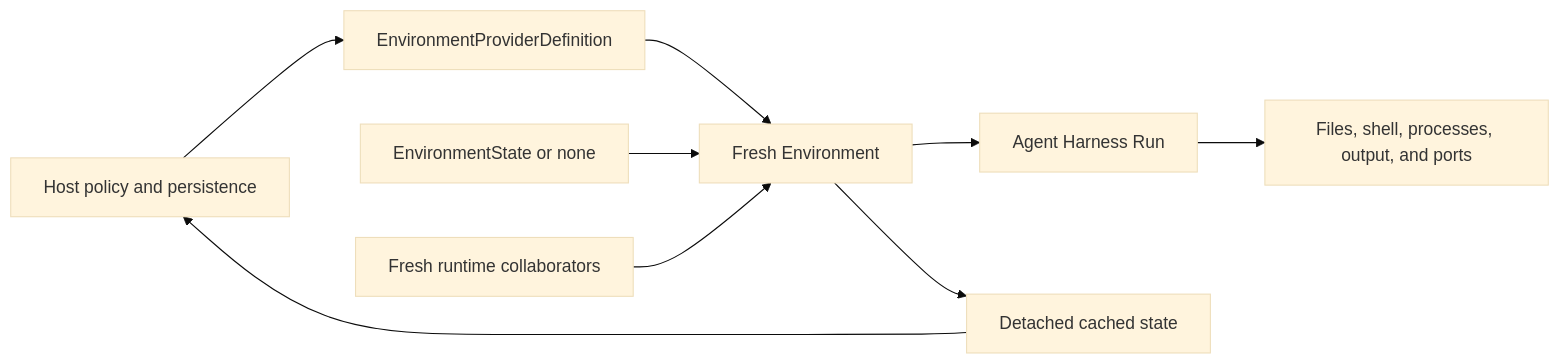
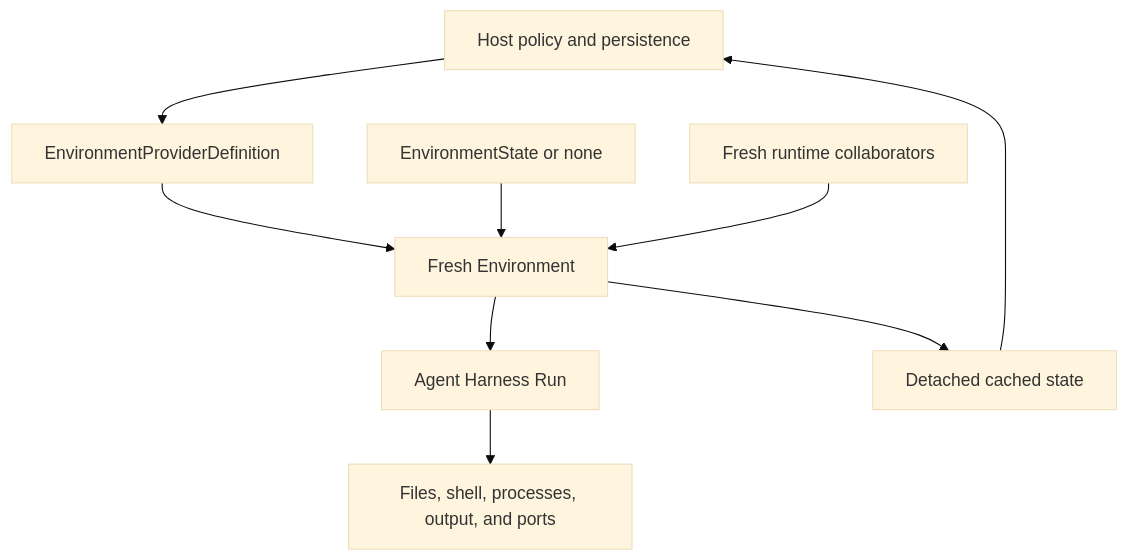
Before and after one commit to LTThreeComma/agent-foundation: the diagram in docs/environments/lifecycle.md, drawn with Mermaid (base theme). The commit also changed other lines of this file and 210 other files, not shown here.

````diff
--- a/docs/environments/lifecycle.md
+++ b/docs/environments/lifecycle.md
@@ -9,11 +12,11 @@
 ```mermaid
-flowchart LR
+flowchart TB
     Host[Host policy and persistence] --> Definition[EnvironmentProviderDefinition]
     Definition --> Adapter[Fresh Environment]
     State[EnvironmentState or none] --> Adapter
     Runtime[Fresh runtime collaborators] --> Adapter
     Adapter --> Harness[Agent Harness Run]
     Harness --> Operations[Files, shell, processes, output, and ports]
     Adapter --> Latest[Detached cached state]
     Latest --> Host
 ```
````
